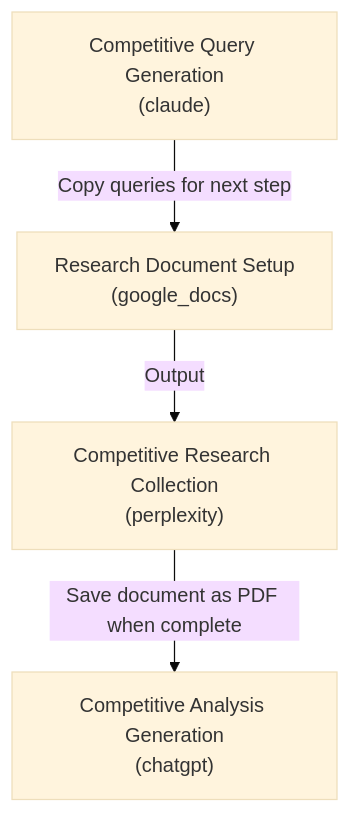
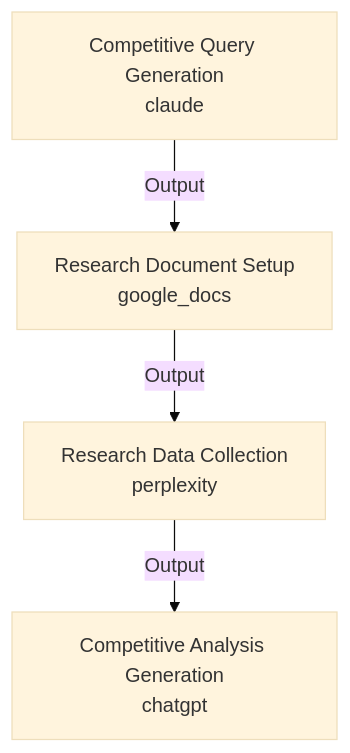
The diagram in recipes/yaniv-golan/competitive-intelligence/workflow.mmd (yaniv-golan/ai-recipes), drawn with Mermaid (base theme) before and after one commit. The commit also changed 6 other files, not shown here.

First line of the commit message:
fix: improve workflow diagram generation

```diff
--- a/recipes/yaniv-golan/competitive-intelligence/workflow.mmd
+++ b/recipes/yaniv-golan/competitive-intelligence/workflow.mmd
@@ -1,8 +1,8 @@
 graph TD
-    query_generation["Competitive Query Generation<br>(claude)"]
-    query_generation -->|Copy queries for next step| setup_document
-    setup_document["Research Document Setup<br>(google_docs)"]
+    query_generation["Competitive Query Generation<br/>claude"]
+    query_generation -->|Output| setup_document
+    setup_document["Research Document Setup<br/>google_docs"]
     setup_document -->|Output| research_execution
-    research_execution["Competitive Research Collection<br>(perplexity)"]
-    research_execution -->|Save document as PDF when complete| competitive_assessment
-    competitive_assessment["Competitive Analysis Generation<br>(chatgpt)"]
+    research_execution["Research Data Collection<br/>perplexity"]
+    research_execution -->|Output| competitive_assessment
+    competitive_assessment["Competitive Analysis Generation<br/>chatgpt"]
```
